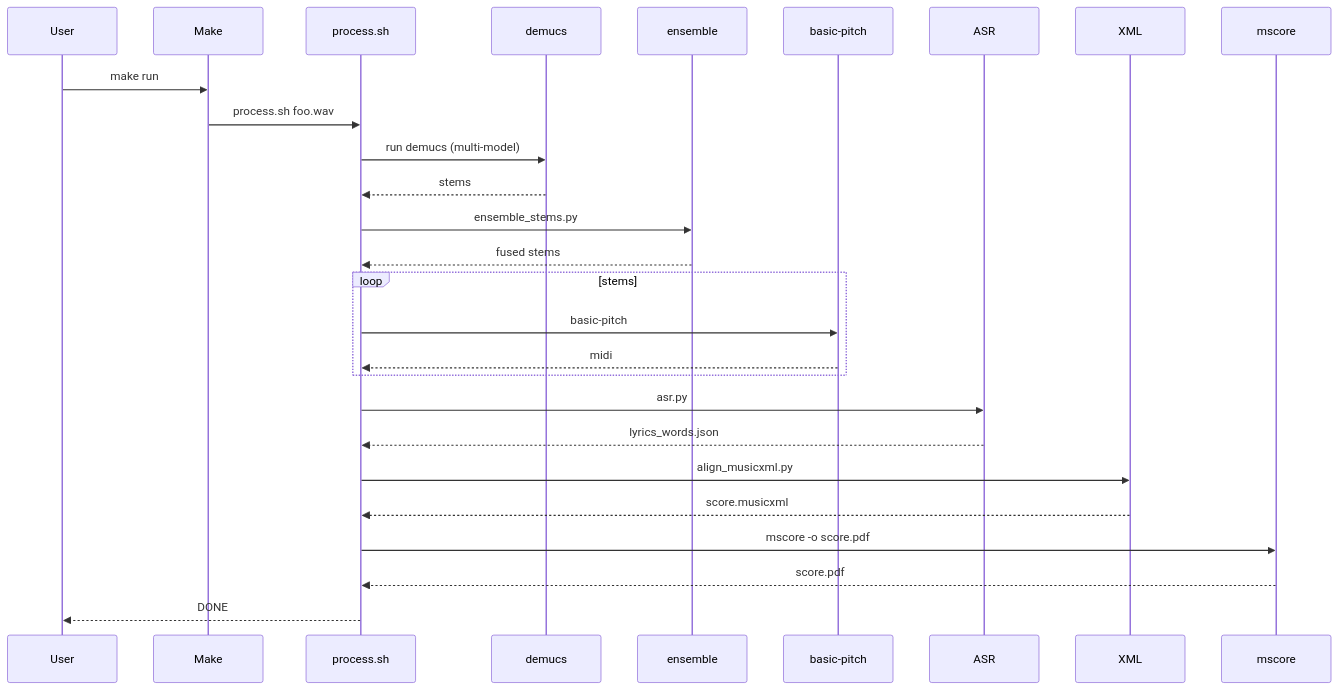
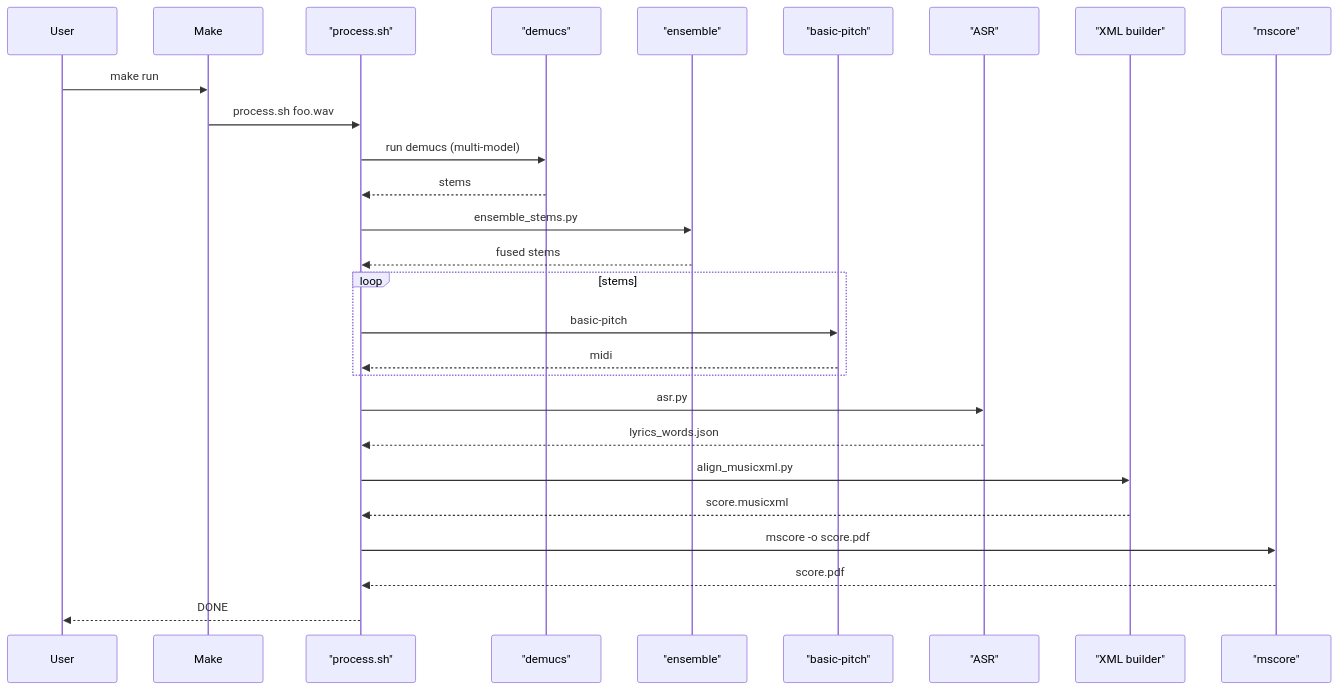
The third of 3 diagrams in README.org (ac1965/music2score), drawn with Mermaid before and after one commit. The commit also changed other lines of this file, not shown here.

```diff
--- a/README.org
+++ b/README.org
@@ -659,30 +659,30 @@
 #+begin_src mermaid
   sequenceDiagram
     participant User
     participant Make
-    participant SH as process.sh
-    participant Dem as demucs
-    participant Ens as ensemble
-    participant BP as basic-pitch
-    participant ASR
-    participant XML
-    participant MS as mscore
+    participant SH as "process.sh"
+    participant Dem as "demucs"
+    participant Ens as "ensemble"
+    participant BP as "basic-pitch"
+    participant ASR as "ASR"
+    participant XML as "XML builder"
+    participant MS as "mscore"
 
     User->>Make: make run
     Make->>SH: process.sh foo.wav
     SH->>Dem: run demucs (multi-model)
     Dem-->>SH: stems
     SH->>Ens: ensemble_stems.py
     Ens-->>SH: fused stems
     loop stems
       SH->>BP: basic-pitch
       BP-->>SH: midi
     end
     SH->>ASR: asr.py
     ASR-->>SH: lyrics_words.json
     SH->>XML: align_musicxml.py
     XML-->>SH: score.musicxml
     SH->>MS: mscore -o score.pdf
     MS-->>SH: score.pdf
     SH-->>User: DONE
 #+end_src
```
